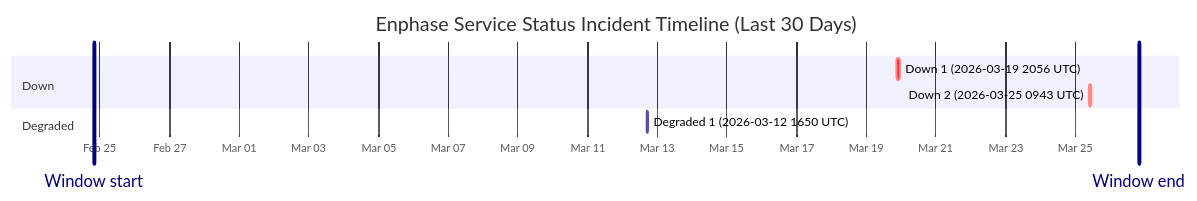
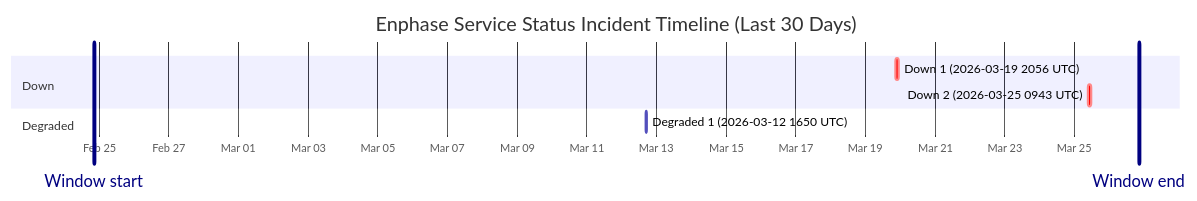
One commit to barneyonline/ha-enphase-ev-charger changed the diagram in wiki/Service-Status-History.md. Above: the diagram before and after it, drawn with Mermaid. The commit also changed other lines of this file and 3 other files, not shown here.

````diff
--- a/wiki/Service-Status-History.md
+++ b/wiki/Service-Status-History.md
@@ -14,13 +14,13 @@
 ```mermaid
 gantt
     title Enphase Service Status Incident Timeline (Last 30 Days)
     dateFormat  YYYY-MM-DDTHH:mm:ss
     axisFormat  %b %d
-    Window start :vert, window-start, 2026-02-24T19:50:39, 0ms
-    Window end :vert, window-end, 2026-03-26T19:50:39, 0ms
+    Window start :vert, window-start, 2026-02-24T20:27:28, 0ms
+    Window end :vert, window-end, 2026-03-26T20:27:28, 0ms
     section Down
     Down 1 (2026-03-19 2056 UTC) :crit, down-1, 2026-03-19T20:56:20, 145m
     Down 2 (2026-03-25 0943 UTC) :crit, down-2, 2026-03-25T09:43:28, 111m
     section Degraded
     Degraded 1 (2026-03-12 1650 UTC) :active, degraded-1, 2026-03-12T16:50:43, 60m
 ```
````
